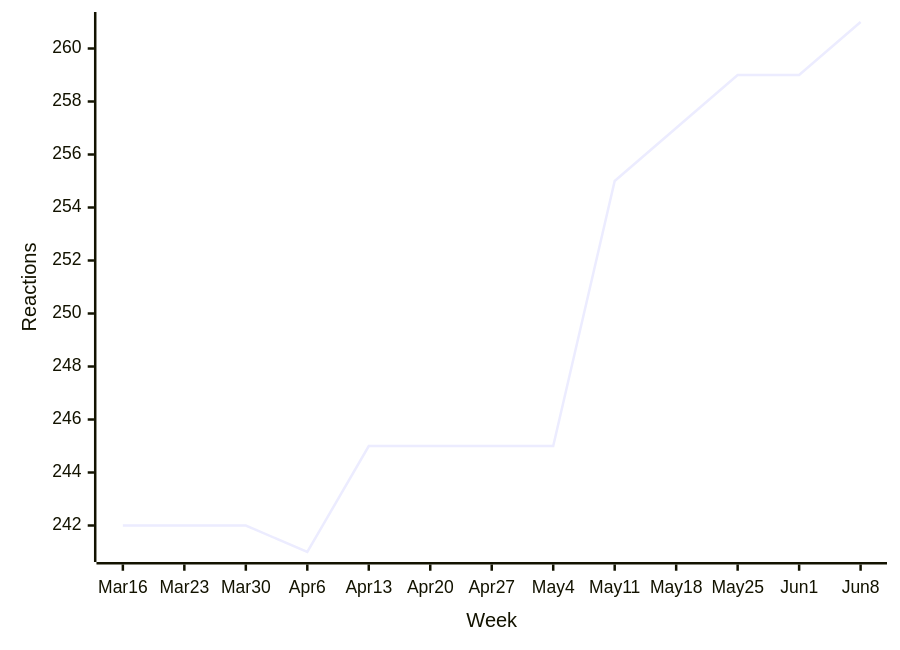
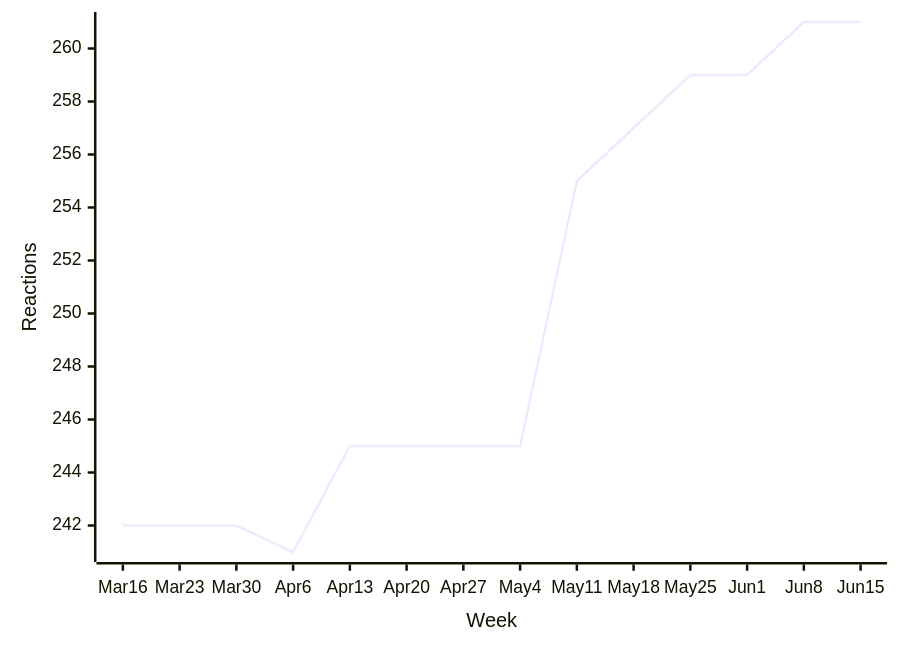
The eighth of 47 diagrams in README.md (loic-sharma/github-insights), drawn with Mermaid before and after one commit. The commit also changed other lines of this file and 3 other files, not shown here.

````diff
--- a/README.md
+++ b/README.md
@@ -458,6 +458,6 @@
   ```mermaid
   xychart-beta
-    x-axis "Week" [Mar 16, Mar 23, Mar 30, Apr 6, Apr 13, Apr 20, Apr 27, May 4, May 11, May 18, May 25, Jun 1, Jun 8]
+    x-axis "Week" [Mar 16, Mar 23, Mar 30, Apr 6, Apr 13, Apr 20, Apr 27, May 4, May 11, May 18, May 25, Jun 1, Jun 8, Jun 15]
     y-axis "Reactions"
-    line [242, 242, 242, 241, 245, 245, 245, 245, 255, 257, 259, 259, 261]
+    line [242, 242, 242, 241, 245, 245, 245, 245, 255, 257, 259, 259, 261, 261]
   ```
````
